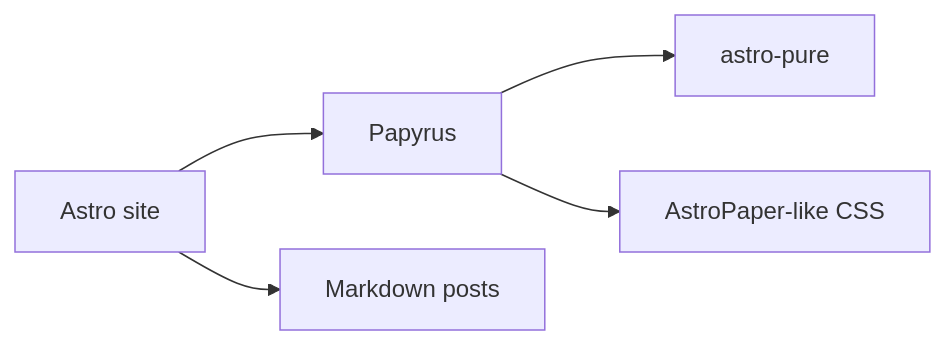
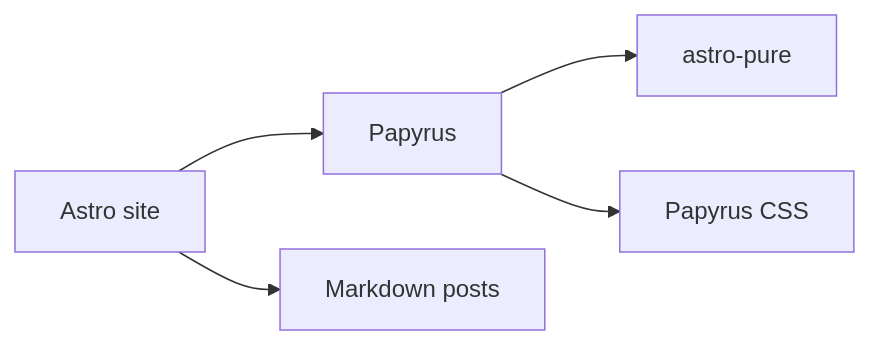
Before and after one commit to marcelofpfelix/papyrus: the diagram in src/content/posts/markdown-feature-sample.md, drawn with Mermaid. The commit also changed other lines of this file and 253 other files, not shown here.

````diff
--- a/src/content/posts/markdown-feature-sample.md
+++ b/src/content/posts/markdown-feature-sample.md
@@ -194,7 +189,7 @@
 ```mermaid
 flowchart LR
   Site[Astro site] --> Theme[Papyrus]
   Theme --> Pure[astro-pure]
-  Theme --> Style[AstroPaper-like CSS]
+  Theme --> Style[Papyrus CSS]
   Site --> Content[Markdown posts]
 ```
````
